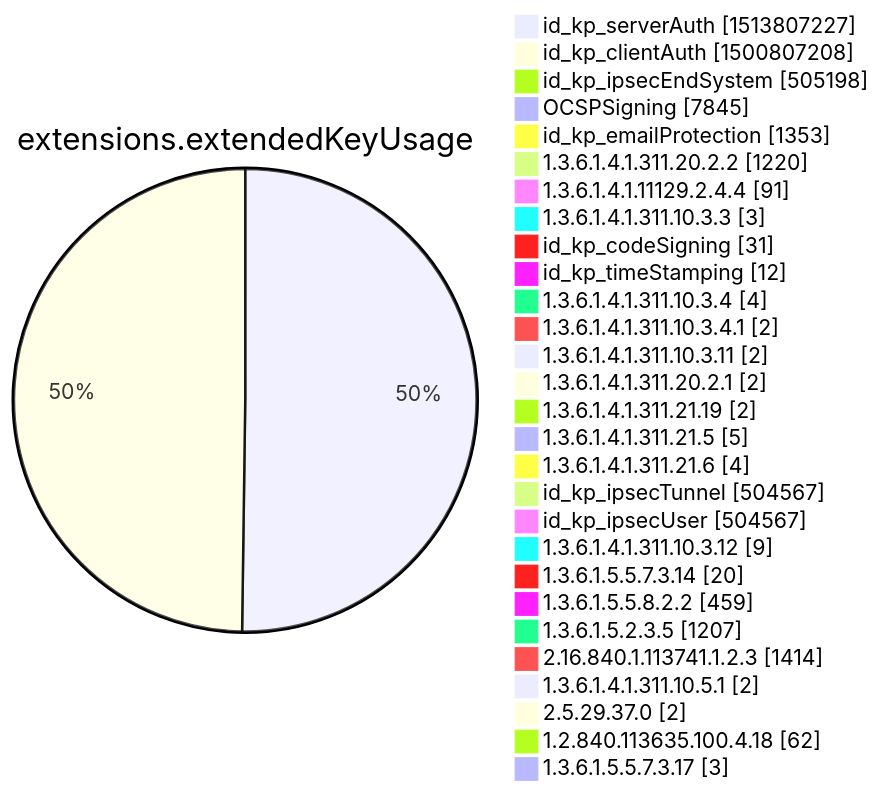
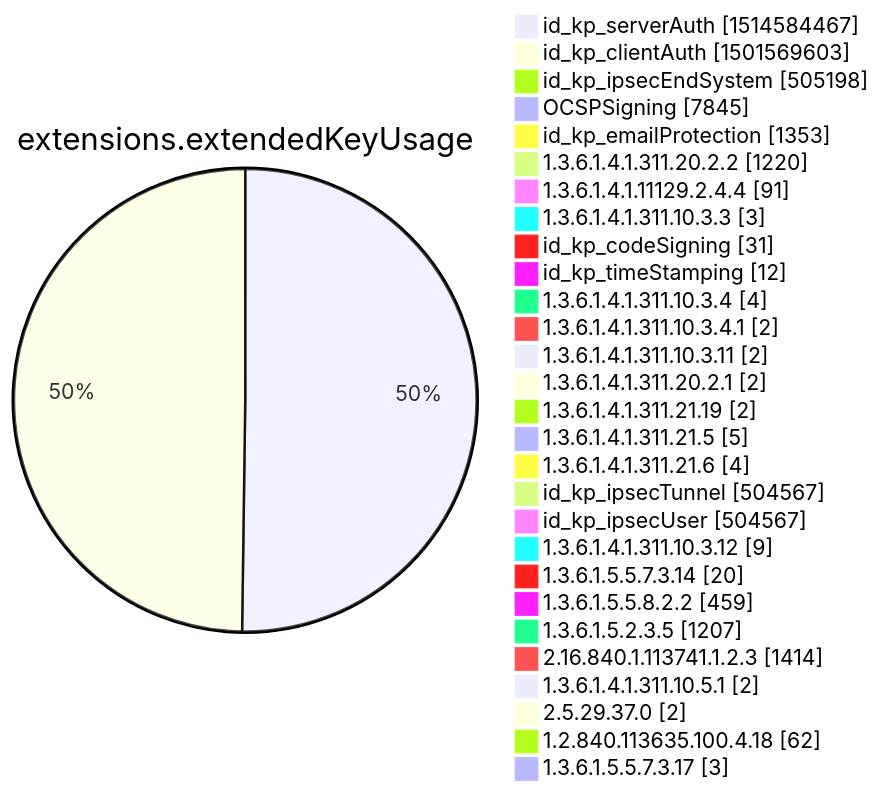
Diagram 12 of 15 in xenon2022/README.md (christiankrug/ctmonitor_visualization), drawn with Mermaid before and after one commit. The commit also changed other lines of this file, not shown here.

````diff
--- a/xenon2022/README.md
+++ b/xenon2022/README.md
@@ -3877,32 +3877,32 @@
 ```mermaid
 pie showData
 title extensions.extendedKeyUsage
-"id_kp_serverAuth" :1513807227
-"id_kp_clientAuth" :1500807208
+"id_kp_serverAuth" :1514584467
+"id_kp_clientAuth" :1501569603
 "id_kp_ipsecEndSystem" :505198
 "OCSPSigning" :7845
 "id_kp_emailProtection" :1353
 "1.3.6.1.4.1.311.20.2.2" :1220
 "1.3.6.1.4.1.11129.2.4.4" :91
 "1.3.6.1.4.1.311.10.3.3" :3
 "id_kp_codeSigning" :31
 "id_kp_timeStamping" :12
 "1.3.6.1.4.1.311.10.3.4" :4
 "1.3.6.1.4.1.311.10.3.4.1" :2
 "1.3.6.1.4.1.311.10.3.11" :2
 "1.3.6.1.4.1.311.20.2.1" :2
 "1.3.6.1.4.1.311.21.19" :2
 "1.3.6.1.4.1.311.21.5" :5
 "1.3.6.1.4.1.311.21.6" :4
 "id_kp_ipsecTunnel" :504567
 "id_kp_ipsecUser" :504567
 "1.3.6.1.4.1.311.10.3.12" :9
 "1.3.6.1.5.5.7.3.14" :20
 "1.3.6.1.5.5.8.2.2" :459
 "1.3.6.1.5.2.3.5" :1207
 "2.16.840.1.113741.1.2.3" :1414
 "1.3.6.1.4.1.311.10.5.1" :2
 "2.5.29.37.0" :2
 "1.2.840.113635.100.4.18" :62
 "1.3.6.1.5.5.7.3.17" :3
 ```
````
